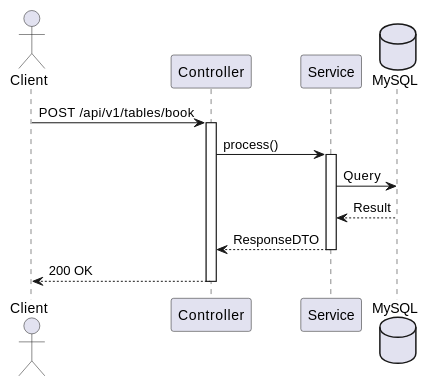
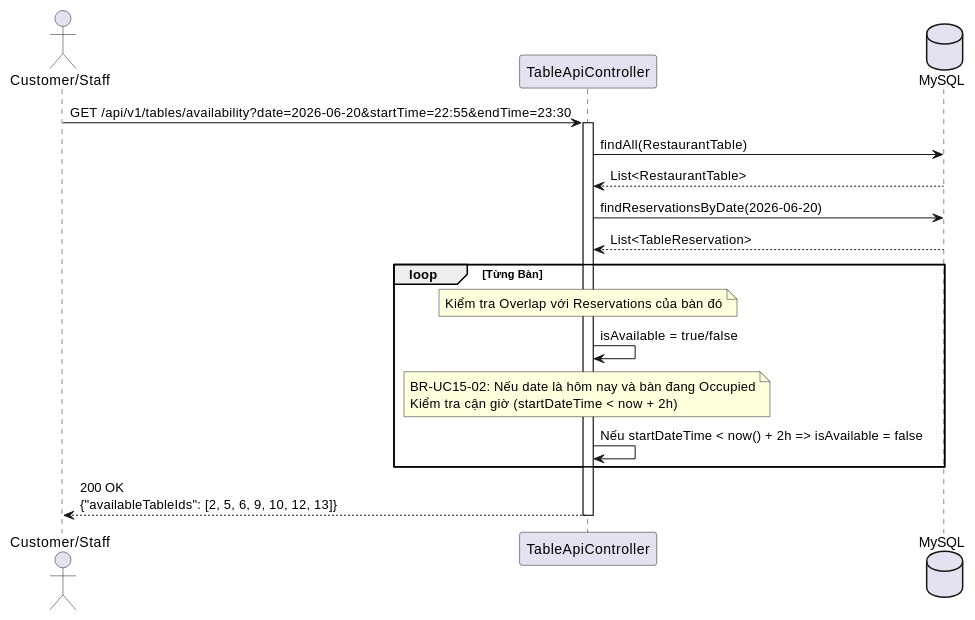
Before and after one commit to Luuxinhxinh/hoanien-resort: the second of 2 diagrams in 06-Testing/mod3_pos/uc15/EDS_uc15_SPEC.md, drawn with PlantUML. The commit also changed other lines of this file and 25 other files, not shown here.

Commit message:
Feature/module3 table reservation

````diff
--- a/06-Testing/mod3_pos/uc15/EDS_uc15_SPEC.md
+++ b/06-Testing/mod3_pos/uc15/EDS_uc15_SPEC.md
@@ -126,19 +229,27 @@
 ```plantuml
-@startuml
-actor "Client" as C
-participant "Controller" as Ctrl
-participant "Service" as Svc
-database MySQL as DB
+@startuml UC15-Sequence-Availability
+actor "Customer/Staff" as C
+participant "TableApiController" as Ctrl
+database "MySQL" as DB
 
-C -> Ctrl: POST /api/v1/tables/book
+C -> Ctrl: GET /api/v1/tables/availability?date=2026-06-20&startTime=22:55&endTime=23:30
 activate Ctrl
-Ctrl -> Svc: process()
-activate Svc
-Svc -> DB: Query
-DB --> Svc: Result
-Svc --> Ctrl: ResponseDTO
-deactivate Svc
-Ctrl --> C: 200 OK
+
+Ctrl -> DB: findAll(RestaurantTable)
+DB --> Ctrl: List<RestaurantTable>
+
+Ctrl -> DB: findReservationsByDate(2026-06-20)
+DB --> Ctrl: List<TableReservation>
+
+loop Từng Bàn
+    note over Ctrl: Kiểm tra Overlap với Reservations của bàn đó
+    Ctrl -> Ctrl: isAvailable = true/false
+    
+    note over Ctrl: BR-UC15-02: Nếu date là hôm nay và bàn đang Occupied\nKiểm tra cận giờ (startDateTime < now + 2h)
+    Ctrl -> Ctrl: Nếu startDateTime < now() + 2h => isAvailable = false
+end
+
+Ctrl --> C: 200 OK\n{"availableTableIds": [2, 5, 6, 9, 10, 12, 13]}
 deactivate Ctrl
 @enduml
 ```
````
